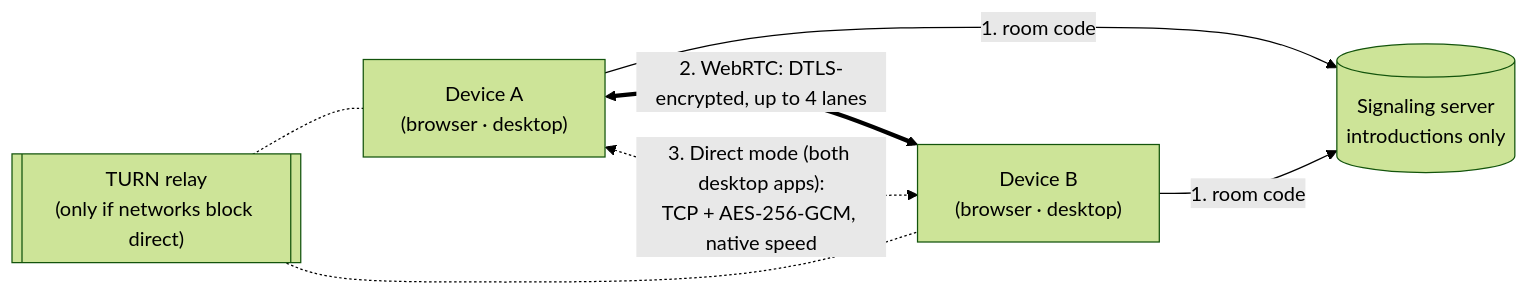
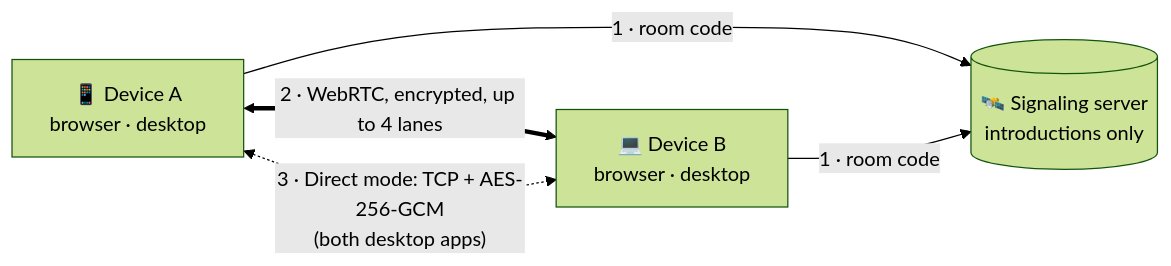
The first of 2 diagrams in README.md (vishwajitvm/Hopline), drawn with Mermaid (forest theme) before and after one commit. The commit also changed other lines of this file and 11 other files, not shown here.

````diff
--- a/README.md
+++ b/README.md
@@ -107,9 +240,7 @@
 ```mermaid
 flowchart LR
-    A["Device A<br/>(browser · desktop)"] -- "1. room code" --> S[("Signaling server<br/>introductions only")]
-    B["Device B<br/>(browser · desktop)"] -- "1. room code" --> S
-    A <== "2. WebRTC: DTLS-encrypted, up to 4 lanes" ==> B
-    A <-. "3. Direct mode (both desktop apps):<br/>TCP + AES-256-GCM, native speed" .-> B
-    T[["TURN relay<br/>(only if networks block direct)"]] -.- A
-    T -.- B
+    A["📱 Device A<br/>browser · desktop"] -- "1 · room code" --> S[("🛰️ Signaling server<br/>introductions only")]
+    B["💻 Device B<br/>browser · desktop"] -- "1 · room code" --> S
+    A <== "2 · WebRTC, encrypted, up to 4 lanes" ==> B
+    A <-. "3 · Direct mode: TCP + AES-256-GCM<br/>(both desktop apps)" .-> B
 ```
````
